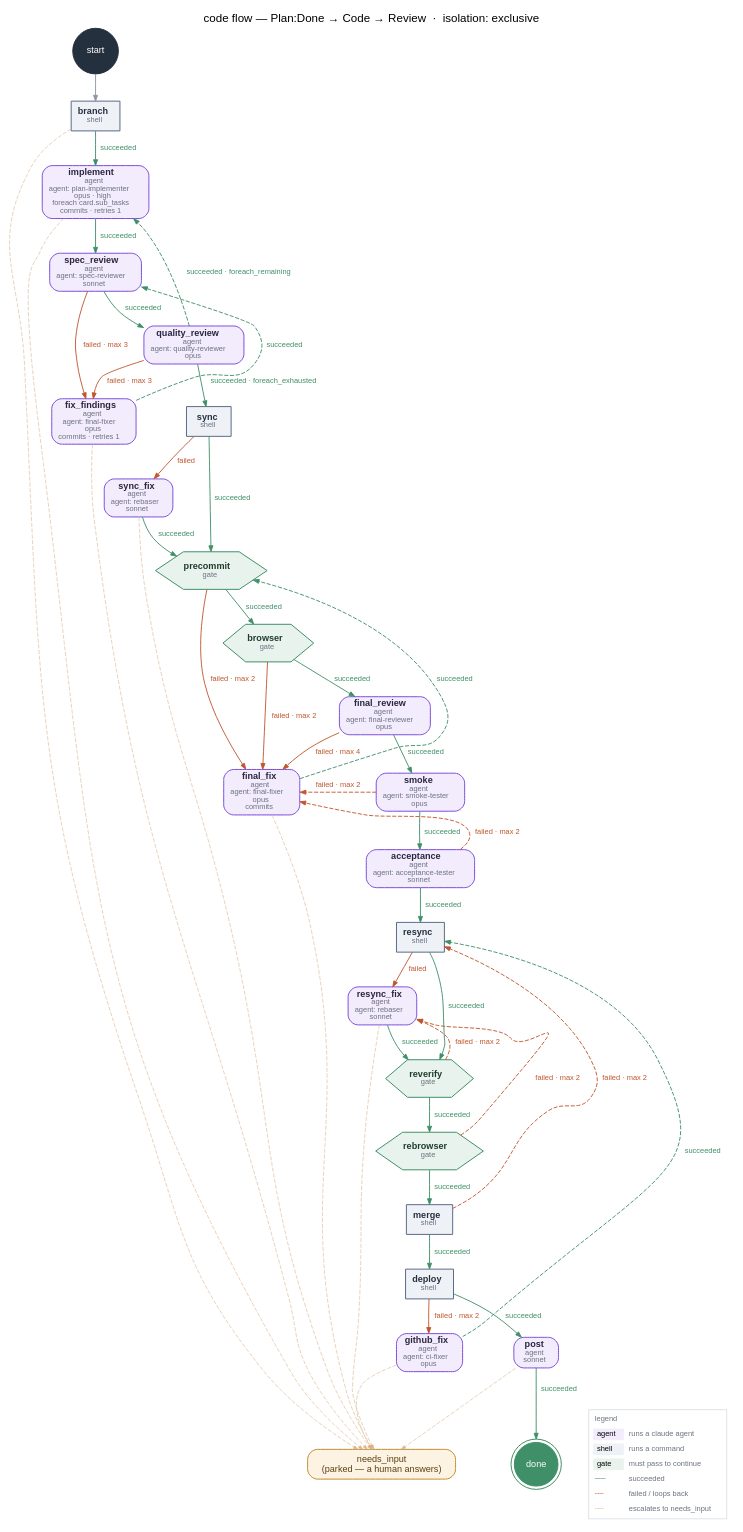
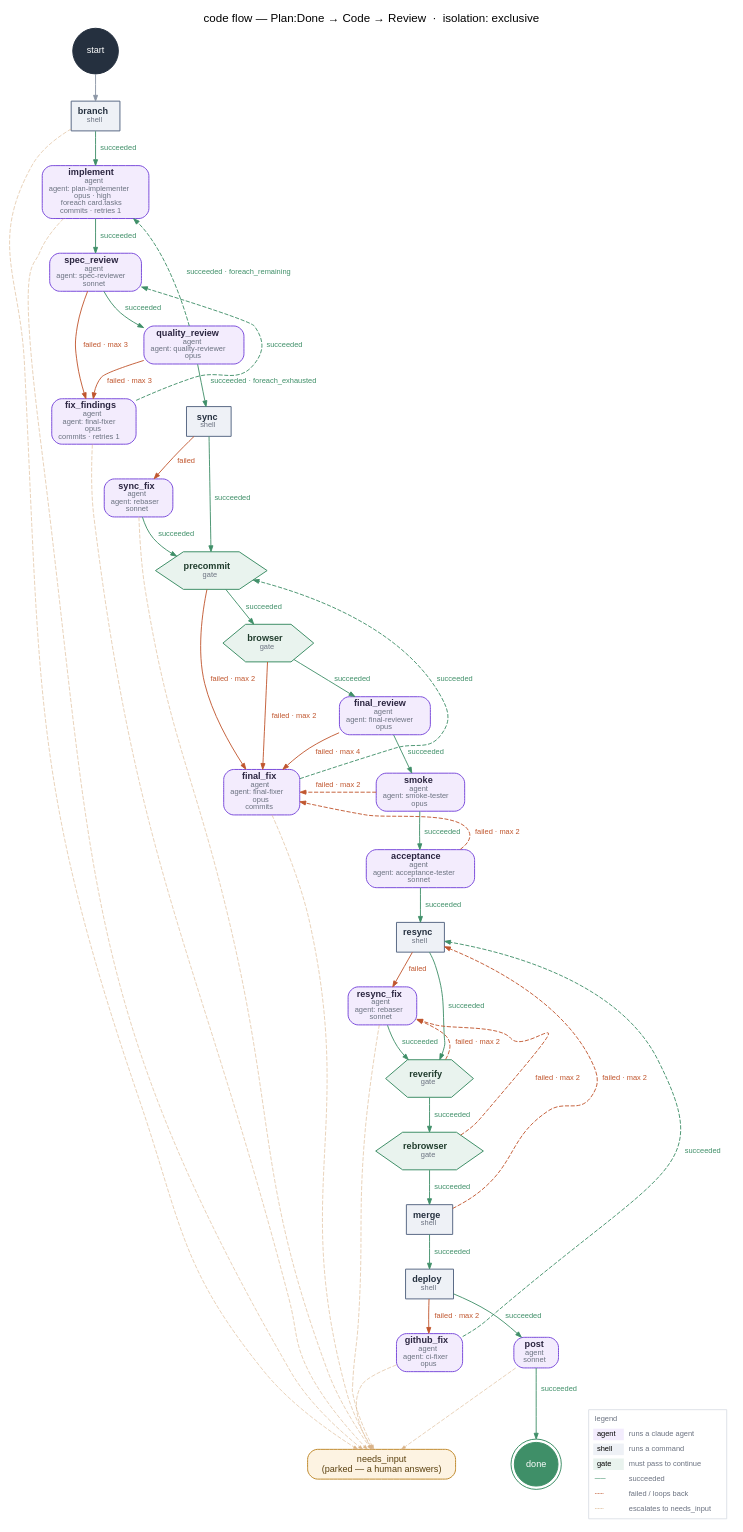
One commit to jeremylightsmith/relay changed the diagram in docs/designs/flows/code.dot. Above: the diagram before and after it, drawn with Graphviz. The commit also changed 43 other files, not shown here.

First line of the commit message:
re 367 rename sub tasks to tasks in the flow co (#276)

```diff
--- a/docs/designs/flows/code.dot
+++ b/docs/designs/flows/code.dot
@@ -1,95 +1,95 @@
 // Generated from docs/designs/flows/code.json — do not hand-edit; regenerate instead.
 digraph "code" {
   rankdir=TB;
   bgcolor="white";
   splines=spline; nodesep=0.35; ranksep=0.45;
   node [fontname="Helvetica", fontsize=11, penwidth=1.2];
   edge [fontname="Helvetica", fontsize=9, color="#8b95a5", penwidth=1.1, arrowsize=0.7];
   labelloc="t"; fontname="Helvetica"; fontsize=14; label="code flow — Plan:Done → Code → Review  ·  isolation: exclusive";
 
   "start" [shape="circle", style="filled", fillcolor="#25303f", color="#25303f", fontcolor="white", width="0.45", label="start"];
   "done" [shape="doublecircle", style="filled", fillcolor="#3f8f68", color="#3f8f68", fontcolor="white", width="0.5", label="done"];
   "needs_input" [shape="box", style="rounded,filled", fillcolor="#fdf3e2", color="#c08a2e", fontcolor="#5b4110", label="needs_input\n(parked — a human answers)"];
   { rank=sink; "done"; "needs_input"; }
 
   "branch" [label=<<b>branch</b><br/><font point-size="9" color="#6b7280">shell</font>>, shape="box", style="filled", fillcolor="#eef1f6", color="#5b6b86", fontcolor="#25303f"];
-  "implement" [label=<<b>implement</b><br/><font point-size="9" color="#6b7280">agent</font><br/><font point-size="9" color="#6b7280">agent: plan-implementer</font><br/><font point-size="9" color="#6b7280">opus · high</font><br/><font point-size="9" color="#6b7280">foreach card.sub_tasks</font><br/><font point-size="9" color="#6b7280">commits · retries 1</font>>, shape="box", style="rounded,filled", fillcolor="#f3ecfd", color="#7c4ddb", fontcolor="#2b2540"];
+  "implement" [label=<<b>implement</b><br/><font point-size="9" color="#6b7280">agent</font><br/><font point-size="9" color="#6b7280">agent: plan-implementer</font><br/><font point-size="9" color="#6b7280">opus · high</font><br/><font point-size="9" color="#6b7280">foreach card.tasks</font><br/><font point-size="9" color="#6b7280">commits · retries 1</font>>, shape="box", style="rounded,filled", fillcolor="#f3ecfd", color="#7c4ddb", fontcolor="#2b2540"];
   "spec_review" [label=<<b>spec_review</b><br/><font point-size="9" color="#6b7280">agent</font><br/><font point-size="9" color="#6b7280">agent: spec-reviewer</font><br/><font point-size="9" color="#6b7280">sonnet</font>>, shape="box", style="rounded,filled", fillcolor="#f3ecfd", color="#7c4ddb", fontcolor="#2b2540"];
   "quality_review" [label=<<b>quality_review</b><br/><font point-size="9" color="#6b7280">agent</font><br/><font point-size="9" color="#6b7280">agent: quality-reviewer</font><br/><font point-size="9" color="#6b7280">opus</font>>, shape="box", style="rounded,filled", fillcolor="#f3ecfd", color="#7c4ddb", fontcolor="#2b2540"];
   "fix_findings" [label=<<b>fix_findings</b><br/><font point-size="9" color="#6b7280">agent</font><br/><font point-size="9" color="#6b7280">agent: final-fixer</font><br/><font point-size="9" color="#6b7280">opus</font><br/><font point-size="9" color="#6b7280">commits · retries 1</font>>, shape="box", style="rounded,filled", fillcolor="#f3ecfd", color="#7c4ddb", fontcolor="#2b2540"];
   "sync" [label=<<b>sync</b><br/><font point-size="9" color="#6b7280">shell</font>>, shape="box", style="filled", fillcolor="#eef1f6", color="#5b6b86", fontcolor="#25303f"];
   "sync_fix" [label=<<b>sync_fix</b><br/><font point-size="9" color="#6b7280">agent</font><br/><font point-size="9" color="#6b7280">agent: rebaser</font><br/><font point-size="9" color="#6b7280">sonnet</font>>, shape="box", style="rounded,filled", fillcolor="#f3ecfd", color="#7c4ddb", fontcolor="#2b2540"];
   "precommit" [label=<<b>precommit</b><br/><font point-size="9" color="#6b7280">gate</font>>, shape="hexagon", style="filled", fillcolor="#e9f3ee", color="#3f8f68", fontcolor="#1f3b2c"];
   "browser" [label=<<b>browser</b><br/><font point-size="9" color="#6b7280">gate</font>>, shape="hexagon", style="filled", fillcolor="#e9f3ee", color="#3f8f68", fontcolor="#1f3b2c"];
   "final_review" [label=<<b>final_review</b><br/><font point-size="9" color="#6b7280">agent</font><br/><font point-size="9" color="#6b7280">agent: final-reviewer</font><br/><font point-size="9" color="#6b7280">opus</font>>, shape="box", style="rounded,filled", fillcolor="#f3ecfd", color="#7c4ddb", fontcolor="#2b2540"];
   "final_fix" [label=<<b>final_fix</b><br/><font point-size="9" color="#6b7280">agent</font><br/><font point-size="9" color="#6b7280">agent: final-fixer</font><br/><font point-size="9" color="#6b7280">opus</font><br/><font point-size="9" color="#6b7280">commits</font>>, shape="box", style="rounded,filled", fillcolor="#f3ecfd", color="#7c4ddb", fontcolor="#2b2540"];
   "smoke" [label=<<b>smoke</b><br/><font point-size="9" color="#6b7280">agent</font><br/><font point-size="9" color="#6b7280">agent: smoke-tester</font><br/><font point-size="9" color="#6b7280">opus</font>>, shape="box", style="rounded,filled", fillcolor="#f3ecfd", color="#7c4ddb", fontcolor="#2b2540"];
   "acceptance" [label=<<b>acceptance</b><br/><font point-size="9" color="#6b7280">agent</font><br/><font point-size="9" color="#6b7280">agent: acceptance-tester</font><br/><font point-size="9" color="#6b7280">sonnet</font>>, shape="box", style="rounded,filled", fillcolor="#f3ecfd", color="#7c4ddb", fontcolor="#2b2540"];
   "resync" [label=<<b>resync</b><br/><font point-size="9" color="#6b7280">shell</font>>, shape="box", style="filled", fillcolor="#eef1f6", color="#5b6b86", fontcolor="#25303f"];
   "resync_fix" [label=<<b>resync_fix</b><br/><font point-size="9" color="#6b7280">agent</font><br/><font point-size="9" color="#6b7280">agent: rebaser</font><br/><font point-size="9" color="#6b7280">sonnet</font>>, shape="box", style="rounded,filled", fillcolor="#f3ecfd", color="#7c4ddb", fontcolor="#2b2540"];
   "reverify" [label=<<b>reverify</b><br/><font point-size="9" color="#6b7280">gate</font>>, shape="hexagon", style="filled", fillcolor="#e9f3ee", color="#3f8f68", fontcolor="#1f3b2c"];
   "rebrowser" [label=<<b>rebrowser</b><br/><font point-size="9" color="#6b7280">gate</font>>, shape="hexagon", style="filled", fillcolor="#e9f3ee", color="#3f8f68", fontcolor="#1f3b2c"];
   "merge" [label=<<b>merge</b><br/><font point-size="9" color="#6b7280">shell</font>>, shape="box", style="filled", fillcolor="#eef1f6", color="#5b6b86", fontcolor="#25303f"];
   "deploy" [label=<<b>deploy</b><br/><font point-size="9" color="#6b7280">shell</font>>, shape="box", style="filled", fillcolor="#eef1f6", color="#5b6b86", fontcolor="#25303f"];
   "github_fix" [label=<<b>github_fix</b><br/><font point-size="9" color="#6b7280">agent</font><br/><font point-size="9" color="#6b7280">agent: ci-fixer</font><br/><font point-size="9" color="#6b7280">opus</font>>, shape="box", style="rounded,filled", fillcolor="#f3ecfd", color="#7c4ddb", fontcolor="#2b2540"];
   "post" [label=<<b>post</b><br/><font point-size="9" color="#6b7280">agent</font><br/><font point-size="9" color="#6b7280">sonnet</font>>, shape="box", style="rounded,filled", fillcolor="#f3ecfd", color="#7c4ddb", fontcolor="#2b2540"];
 
   "start" -> "branch" [color="#8b95a5", fontcolor="#8b95a5"];
   "branch" -> "implement" [color="#3f8f68", fontcolor="#3f8f68", label=" succeeded "];
   "implement" -> "spec_review" [color="#3f8f68", fontcolor="#3f8f68", label=" succeeded "];
   "spec_review" -> "fix_findings" [color="#c0562e", fontcolor="#c0562e", label=" failed · max 3 "];
   "spec_review" -> "quality_review" [color="#3f8f68", fontcolor="#3f8f68", label=" succeeded "];
   "quality_review" -> "fix_findings" [color="#c0562e", fontcolor="#c0562e", label=" failed · max 3 "];
   "quality_review" -> "implement" [color="#3f8f68", fontcolor="#3f8f68", label=" succeeded · foreach_remaining ", constraint=false, weight=0, style=dashed];
   "quality_review" -> "sync" [color="#3f8f68", fontcolor="#3f8f68", label=" succeeded · foreach_exhausted "];
   "fix_findings" -> "spec_review" [color="#3f8f68", fontcolor="#3f8f68", label=" succeeded ", constraint=false, weight=0, style=dashed];
   "sync" -> "precommit" [color="#3f8f68", fontcolor="#3f8f68", label=" succeeded "];
   "sync" -> "sync_fix" [color="#c0562e", fontcolor="#c0562e", label=" failed "];
   "sync_fix" -> "precommit" [color="#3f8f68", fontcolor="#3f8f68", label=" succeeded "];
   "precommit" -> "final_fix" [color="#c0562e", fontcolor="#c0562e", label=" failed · max 2 "];
   "precommit" -> "browser" [color="#3f8f68", fontcolor="#3f8f68", label=" succeeded "];
   "browser" -> "final_fix" [color="#c0562e", fontcolor="#c0562e", label=" failed · max 2 "];
   "browser" -> "final_review" [color="#3f8f68", fontcolor="#3f8f68", label=" succeeded "];
   "final_review" -> "final_fix" [color="#c0562e", fontcolor="#c0562e", label=" failed · max 4 "];
   "final_review" -> "smoke" [color="#3f8f68", fontcolor="#3f8f68", label=" succeeded "];
   "final_fix" -> "precommit" [color="#3f8f68", fontcolor="#3f8f68", label=" succeeded ", constraint=false, weight=0, style=dashed];
   "smoke" -> "final_fix" [color="#c0562e", fontcolor="#c0562e", label=" failed · max 2 ", constraint=false, weight=0, style=dashed];
   "smoke" -> "acceptance" [color="#3f8f68", fontcolor="#3f8f68", label=" succeeded "];
   "acceptance" -> "final_fix" [color="#c0562e", fontcolor="#c0562e", label=" failed · max 2 ", constraint=false, weight=0, style=dashed];
   "acceptance" -> "resync" [color="#3f8f68", fontcolor="#3f8f68", label=" succeeded "];
   "resync" -> "reverify" [color="#3f8f68", fontcolor="#3f8f68", label=" succeeded "];
   "resync" -> "resync_fix" [color="#c0562e", fontcolor="#c0562e", label=" failed "];
   "resync_fix" -> "reverify" [color="#3f8f68", fontcolor="#3f8f68", label=" succeeded "];
   "reverify" -> "resync_fix" [color="#c0562e", fontcolor="#c0562e", label=" failed · max 2 ", constraint=false, weight=0, style=dashed];
   "reverify" -> "rebrowser" [color="#3f8f68", fontcolor="#3f8f68", label=" succeeded "];
   "rebrowser" -> "resync_fix" [color="#c0562e", fontcolor="#c0562e", label=" failed · max 2 ", constraint=false, weight=0, style=dashed];
   "rebrowser" -> "merge" [color="#3f8f68", fontcolor="#3f8f68", label=" succeeded "];
   "merge" -> "deploy" [color="#3f8f68", fontcolor="#3f8f68", label=" succeeded "];
   "merge" -> "resync" [color="#c0562e", fontcolor="#c0562e", label=" failed · max 2 ", constraint=false, weight=0, style=dashed];
   "deploy" -> "post" [color="#3f8f68", fontcolor="#3f8f68", label=" succeeded "];
   "deploy" -> "github_fix" [color="#c0562e", fontcolor="#c0562e", label=" failed · max 2 "];
   "github_fix" -> "resync" [color="#3f8f68", fontcolor="#3f8f68", label=" succeeded ", constraint=false, weight=0, style=dashed];
   "post" -> "done" [color="#3f8f68", fontcolor="#3f8f68", label=" succeeded "];
   "implement" -> "needs_input" [color="#d9b38a", style=dashed, penwidth=0.7, arrowsize=0.5, weight=0];
   "fix_findings" -> "needs_input" [color="#d9b38a", style=dashed, penwidth=0.7, arrowsize=0.5, weight=0];
   "sync_fix" -> "needs_input" [color="#d9b38a", style=dashed, penwidth=0.7, arrowsize=0.5, weight=0];
   "final_fix" -> "needs_input" [color="#d9b38a", style=dashed, penwidth=0.7, arrowsize=0.5, weight=0];
   "resync_fix" -> "needs_input" [color="#d9b38a", style=dashed, penwidth=0.7, arrowsize=0.5, weight=0];
   "github_fix" -> "needs_input" [color="#d9b38a", style=dashed, penwidth=0.7, arrowsize=0.5, weight=0];
   "post" -> "needs_input" [color="#d9b38a", style=dashed, penwidth=0.7, arrowsize=0.5, weight=0];
   "branch" -> "needs_input" [color="#d9b38a", style=dashed, penwidth=0.7, arrowsize=0.5, weight=0];
 
   // A single plaintext node: an HTML table stays compact, where sample edges
   // between invisible nodes stretch the cluster to a third of the page.
   legend [shape=plaintext, fontsize=9, label=<
     <table border="1" cellborder="0" cellspacing="4" cellpadding="2" color="#d7dce3" bgcolor="white">
       <tr><td colspan="2" align="left"><font color="#6b7280">legend</font></td></tr>
       <tr><td bgcolor="#f3ecfd" align="left">&#160;agent&#160;</td><td align="left"><font color="#6b7280">runs a claude agent</font></td></tr>
       <tr><td bgcolor="#eef1f6" align="left">&#160;shell&#160;</td><td align="left"><font color="#6b7280">runs a command</font></td></tr>
       <tr><td bgcolor="#e9f3ee" align="left">&#160;gate&#160;</td><td align="left"><font color="#6b7280">must pass to continue</font></td></tr>
       <tr><td align="left"><font color="#3f8f68">&#9472;&#9472;</font></td><td align="left"><font color="#6b7280">succeeded</font></td></tr>
       <tr><td align="left"><font color="#c0562e">&#9476;&#9476;</font></td><td align="left"><font color="#6b7280">failed / loops back</font></td></tr>
       <tr><td align="left"><font color="#d9b38a">&#9476;&#9476;</font></td><td align="left"><font color="#6b7280">escalates to needs_input</font></td></tr>
     </table>>];
   { rank=sink; "legend"; }
 }
```
